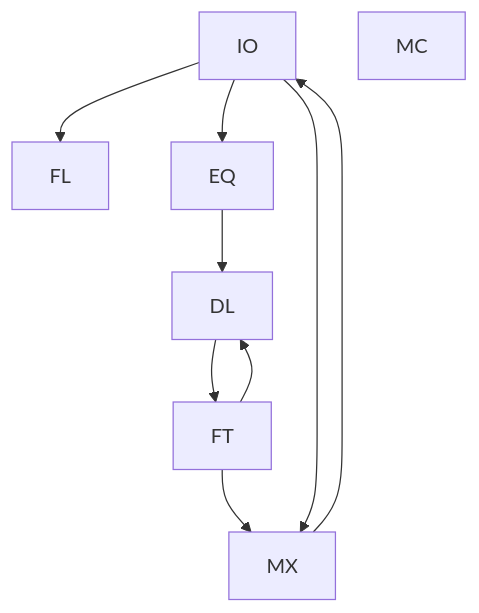
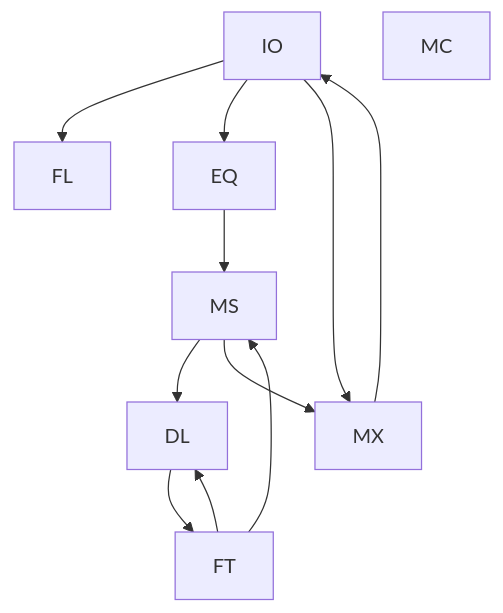
Before and after one commit to acumartini/dectet-public: the eighth of 19 diagrams in README.md, drawn with Mermaid. The commit also changed other lines of this file, not shown here.

````diff
--- a/README.md
+++ b/README.md
@@ -1247,9 +1241,8 @@
 ```mermaid
 flowchart TD
   IO-->FL
-  IO-->EQ-->DL-->FT-->MX
+  IO-->EQ-->MS-->DL-->FT-->MS-->MX-->IO
   FT-->DL
   IO-->MX
-  MX-->IO
   MC
 ```
````
